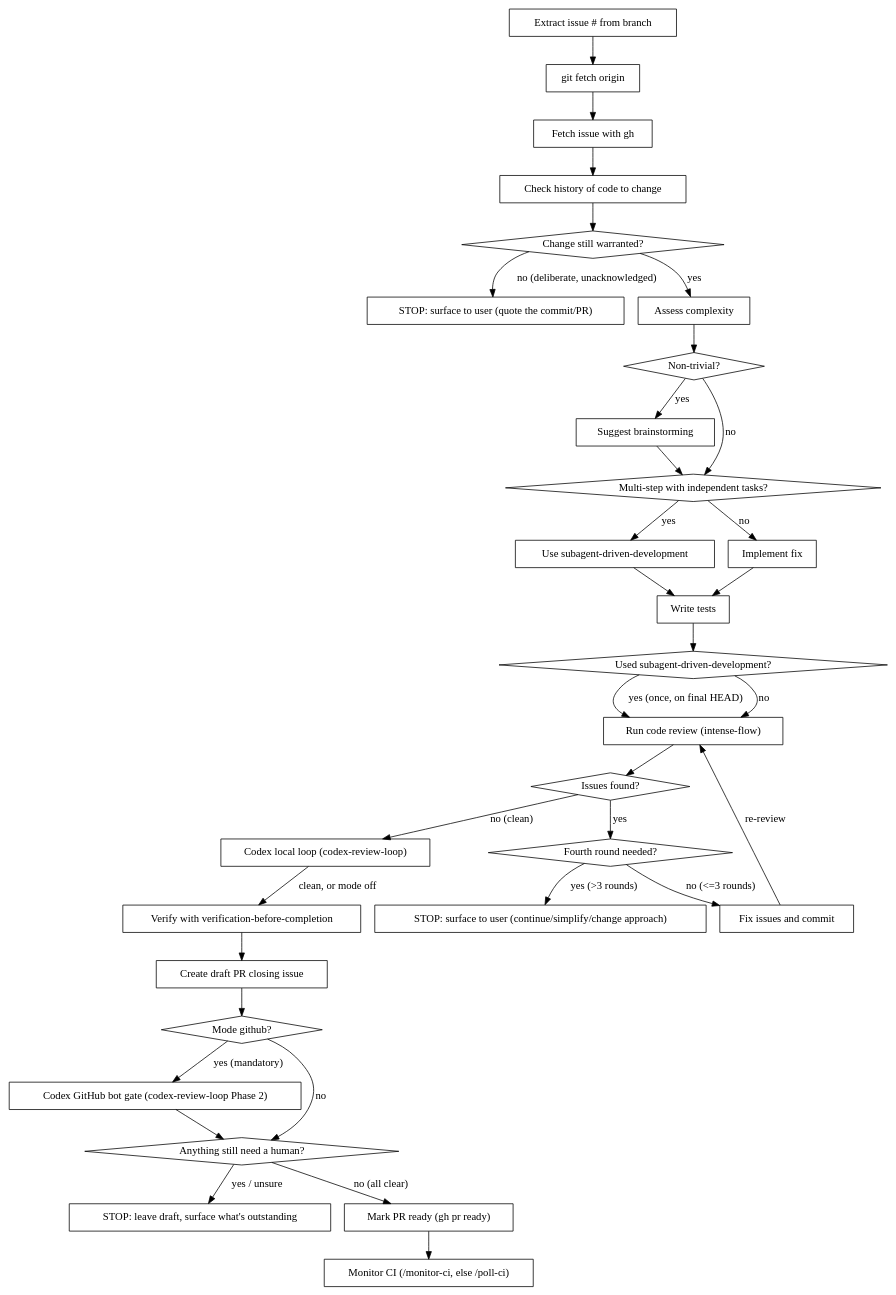
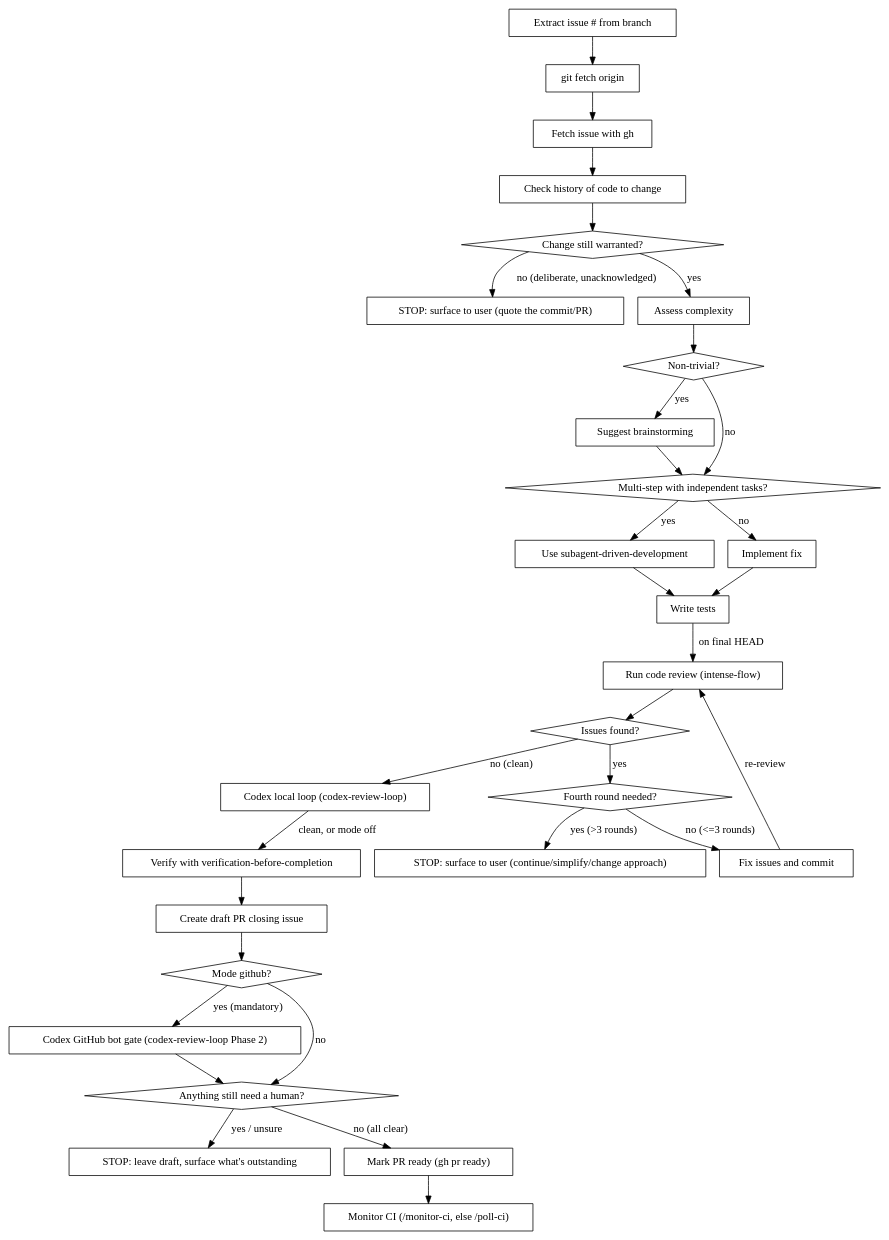
Before and after one commit to oalders/kitchen-sink: the diagram in commands/fix-gh-issue.md, drawn with Graphviz. The commit also changed other lines of this file and 2 other files, not shown here.

````diff
--- a/commands/fix-gh-issue.md
+++ b/commands/fix-gh-issue.md
@@ -72,65 +43,62 @@
 ```dot
 digraph fix_issue {
     "Extract issue # from branch" [shape=box];
     "git fetch origin" [shape=box];
     "Fetch issue with gh" [shape=box];
     "Check history of code to change" [shape=box];
     "Change still warranted?" [shape=diamond];
     "STOP: surface to user (quote the commit/PR)" [shape=box];
     "Assess complexity" [shape=box];
     "Non-trivial?" [shape=diamond];
     "Suggest brainstorming" [shape=box];
     "Multi-step with independent tasks?" [shape=diamond];
     "Use subagent-driven-development" [shape=box];
     "Implement fix" [shape=box];
     "Write tests" [shape=box];
-    "Used subagent-driven-development?" [shape=diamond];
     "Run code review (intense-flow)" [shape=box];
     "Issues found?" [shape=diamond];
     "Fourth round needed?" [shape=diamond];
     "STOP: surface to user (continue/simplify/change approach)" [shape=box];
     "Fix issues and commit" [shape=box];
     "Codex local loop (codex-review-loop)" [shape=box];
     "Verify with verification-before-completion" [shape=box];
     "Create draft PR closing issue" [shape=box];
     "Mode github?" [shape=diamond];
     "Codex GitHub bot gate (codex-review-loop Phase 2)" [shape=box];
     "Anything still need a human?" [shape=diamond];
     "STOP: leave draft, surface what's outstanding" [shape=box];
     "Mark PR ready (gh pr ready)" [shape=box];
     "Monitor CI (/monitor-ci, else /poll-ci)" [shape=box];
 
     "Extract issue # from branch" -> "git fetch origin";
     "git fetch origin" -> "Fetch issue with gh";
     "Fetch issue with gh" -> "Check history of code to change";
     "Check history of code to change" -> "Change still warranted?";
     "Change still warranted?" -> "STOP: surface to user (quote the commit/PR)" [label="no (deliberate, unacknowledged)"];
     "Change still warranted?" -> "Assess complexity" [label="yes"];
     "Assess complexity" -> "Non-trivial?";
     "Non-trivial?" -> "Suggest brainstorming" [label="yes"];
     "Non-trivial?" -> "Multi-step with independent tasks?" [label="no"];
     "Suggest brainstorming" -> "Multi-step with independent tasks?";
     "Multi-step with independent tasks?" -> "Use subagent-driven-development" [label="yes"];
     "Multi-step with independent tasks?" -> "Implement fix" [label="no"];
     "Use subagent-driven-development" -> "Write tests";
     "Implement fix" -> "Write tests";
-    "Write tests" -> "Used subagent-driven-development?";
-    "Used subagent-driven-development?" -> "Run code review (intense-flow)" [label="yes (once, on final HEAD)"];
-    "Used subagent-driven-development?" -> "Run code review (intense-flow)" [label="no"];
-    "Run code review (intense-flow)" -> "Issues found?" [shape=diamond];
+    "Write tests" -> "Run code review (intense-flow)" [label="on final HEAD"];
+    "Run code review (intense-flow)" -> "Issues found?";
     "Issues found?" -> "Fourth round needed?" [label="yes"];
     "Fourth round needed?" -> "STOP: surface to user (continue/simplify/change approach)" [label="yes (>3 rounds)"];
     "Fourth round needed?" -> "Fix issues and commit" [label="no (<=3 rounds)"];
     "Fix issues and commit" -> "Run code review (intense-flow)" [label="re-review"];
     "Issues found?" -> "Codex local loop (codex-review-loop)" [label="no (clean)"];
     "Codex local loop (codex-review-loop)" -> "Verify with verification-before-completion" [label="clean, or mode off"];
     "Verify with verification-before-completion" -> "Create draft PR closing issue";
     "Create draft PR closing issue" -> "Mode github?";
     "Mode github?" -> "Codex GitHub bot gate (codex-review-loop Phase 2)" [label="yes (mandatory)"];
     "Mode github?" -> "Anything still need a human?" [label="no"];
     "Codex GitHub bot gate (codex-review-loop Phase 2)" -> "Anything still need a human?";
     "Anything still need a human?" -> "STOP: leave draft, surface what's outstanding" [label="yes / unsure"];
     "Anything still need a human?" -> "Mark PR ready (gh pr ready)" [label="no (all clear)"];
     "Mark PR ready (gh pr ready)" -> "Monitor CI (/monitor-ci, else /poll-ci)";
 }
 ```
````
